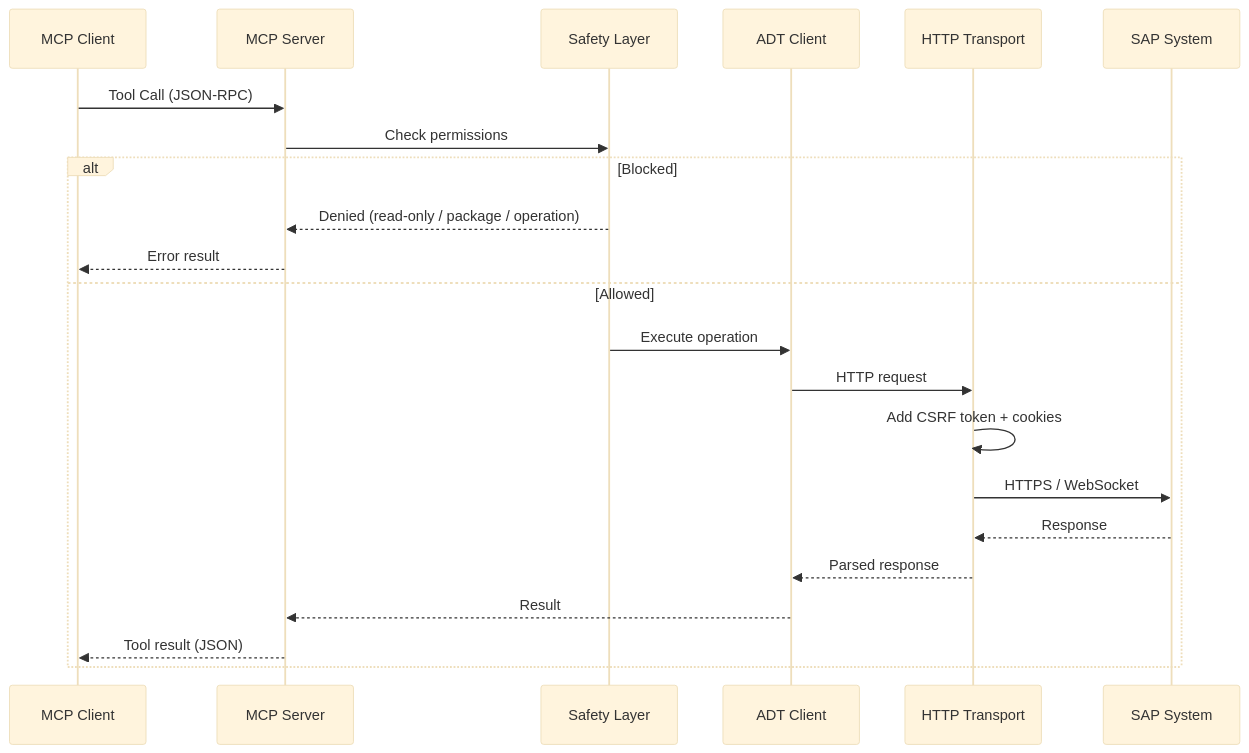
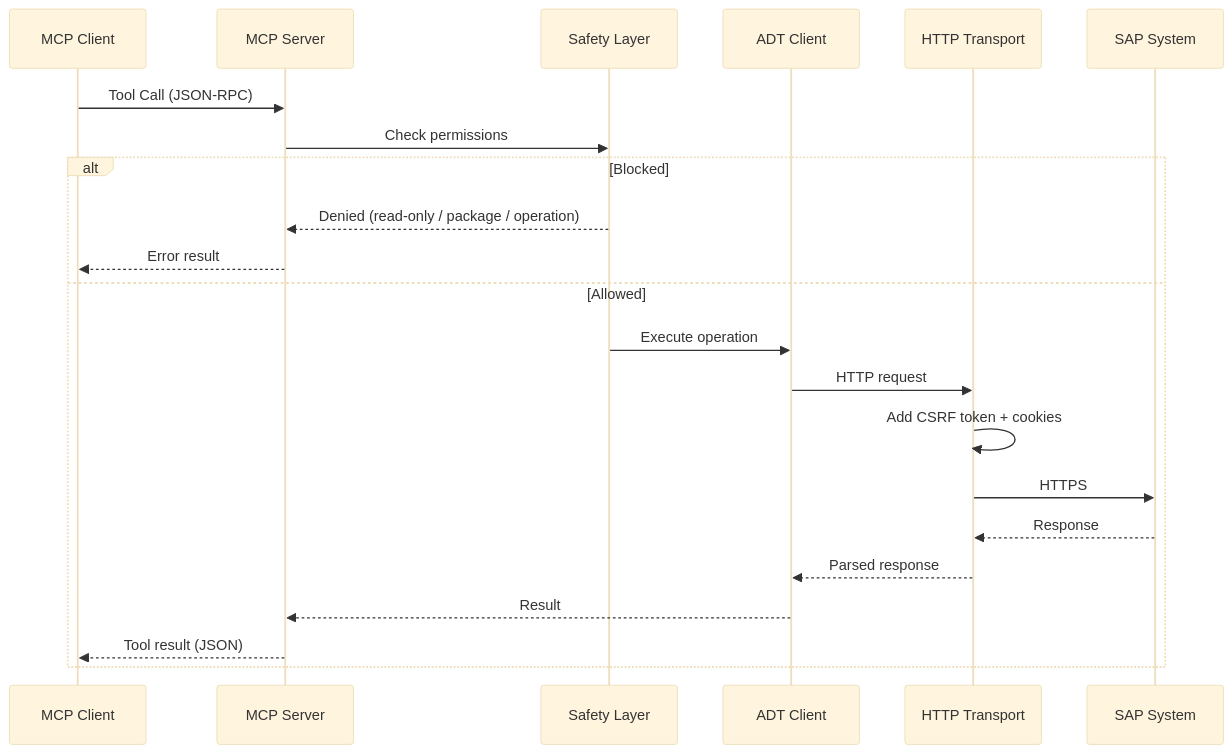
Before and after one commit to marianfoo/arc-1: the second of 7 diagrams in docs/architecture.md, drawn with Mermaid (base theme). The commit also changed other lines of this file and 26 other files, not shown here.

````diff
--- a/docs/architecture.md
+++ b/docs/architecture.md
@@ -105,26 +78,26 @@
 ```mermaid
 sequenceDiagram
     participant Client as MCP Client
     participant Server as MCP Server
     participant Safety as Safety Layer
     participant ADT as ADT Client
     participant HTTP as HTTP Transport
     participant SAP as SAP System
 
     Client->>Server: Tool Call (JSON-RPC)
     Server->>Safety: Check permissions
 
     alt Blocked
         Safety-->>Server: Denied (read-only / package / operation)
         Server-->>Client: Error result
     else Allowed
         Safety->>ADT: Execute operation
         ADT->>HTTP: HTTP request
         HTTP->>HTTP: Add CSRF token + cookies
-        HTTP->>SAP: HTTPS / WebSocket
+        HTTP->>SAP: HTTPS
         SAP-->>HTTP: Response
         HTTP-->>ADT: Parsed response
         ADT-->>Server: Result
         Server-->>Client: Tool result (JSON)
     end
 ```
````
